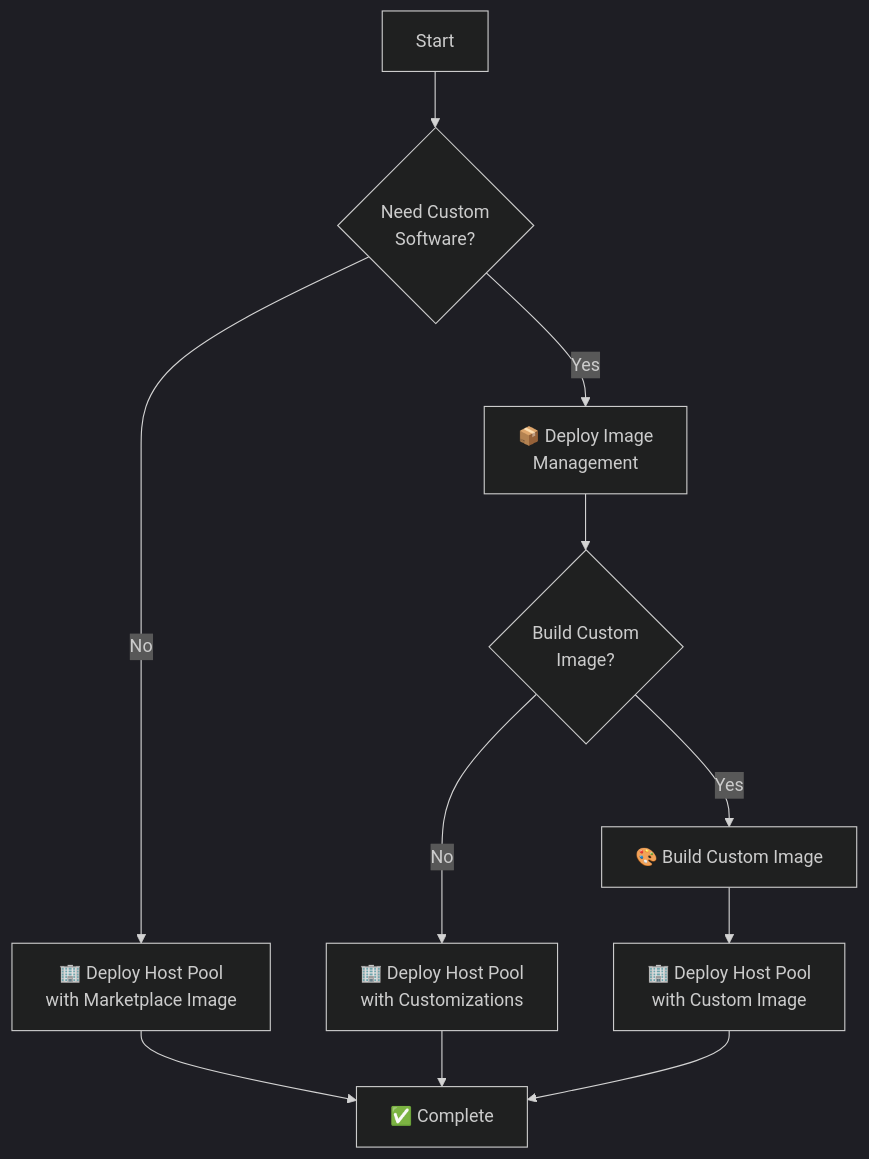
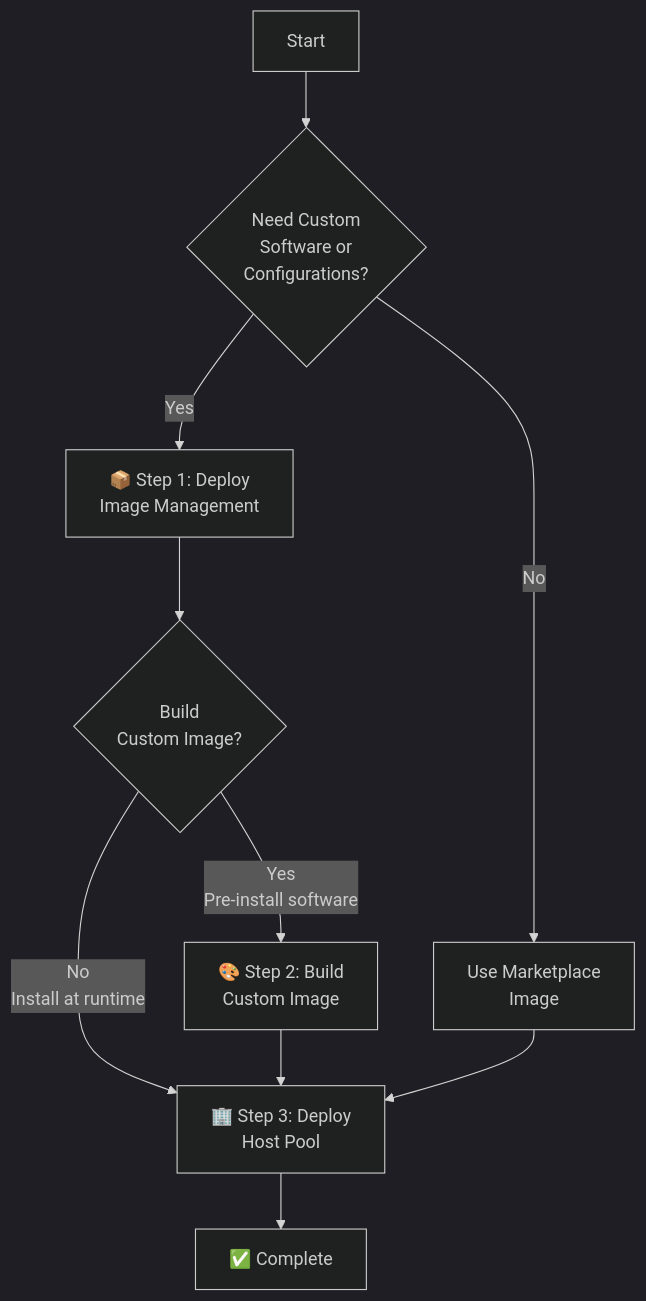
The diagram in README.md (Azure/FederalAVD), drawn with Mermaid (dark theme) before and after one commit.

Commit message:
updated mermaid

````diff
--- a/README.md
+++ b/README.md
@@ -36,13 +36,12 @@
 ```mermaid
 graph TD
-    A[Start] --> B{Need Custom<br/>Software?}
-    B -->|Yes| C[📦 Deploy Image<br/>Management]
-    B -->|No| D[🏢 Deploy Host Pool<br/>with Marketplace Image]
-    C --> E{Build Custom<br/>Image?}
-    E -->|Yes| F[🎨 Build Custom Image]
-    E -->|No| G[🏢 Deploy Host Pool<br/>with Customizations]
-    F --> H[🏢 Deploy Host Pool<br/>with Custom Image]
-    D --> I[✅ Complete]
-    G --> I
-    H --> I
+    A[Start] --> B{Need Custom<br/>Software or<br/>Configurations?}
+    B -->|Yes| C[📦 Step 1: Deploy<br/>Image Management]
+    B -->|No| D[Use Marketplace<br/>Image]
+    C --> E{Build<br/>Custom Image?}
+    E -->|Yes<br/>Pre-install software| F[🎨 Step 2: Build<br/>Custom Image]
+    E -->|No<br/>Install at runtime| H[🏢 Step 3: Deploy<br/>Host Pool]
+    F --> H
+    D --> H
+    H --> I[✅ Complete]
 ```
````
